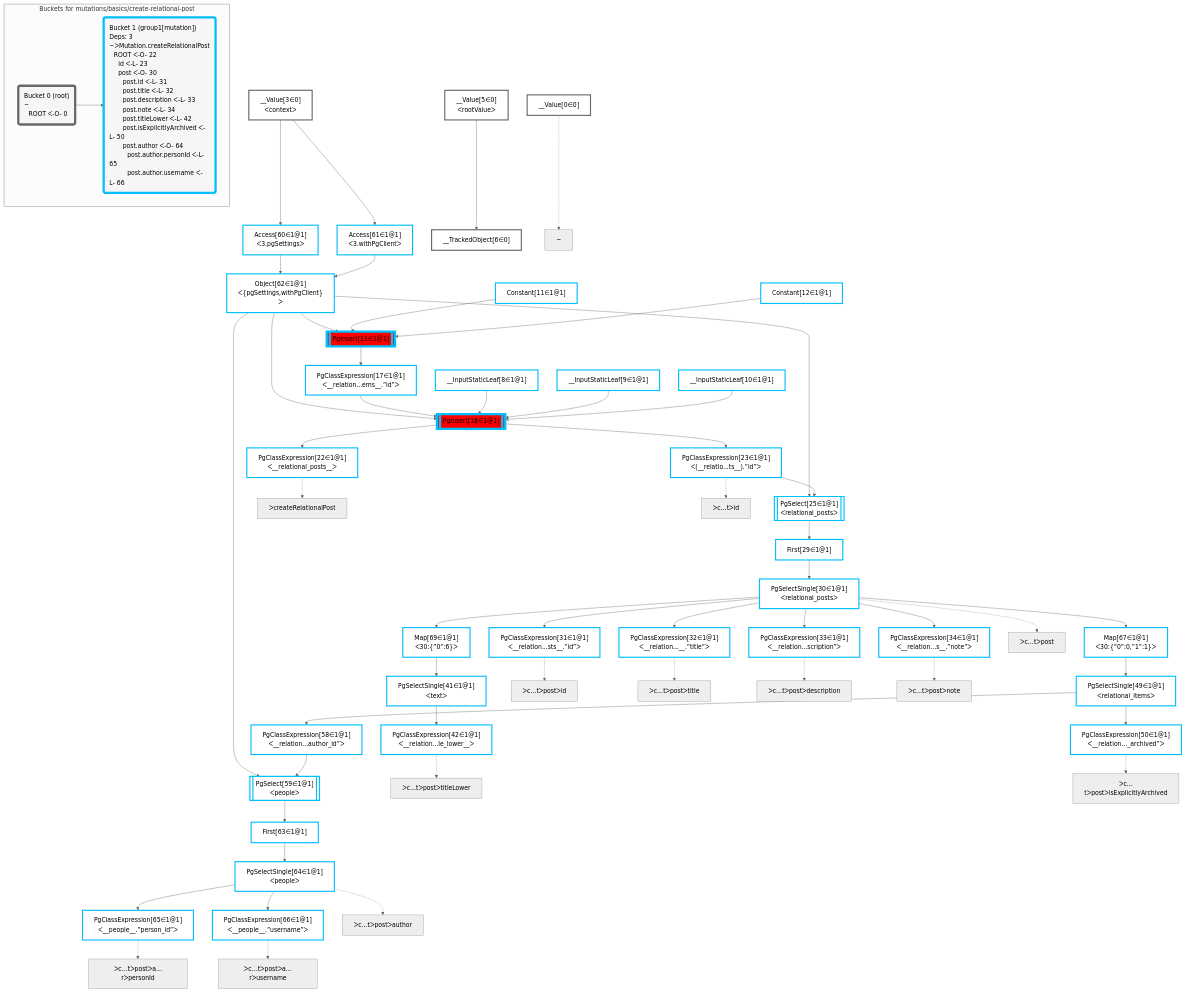
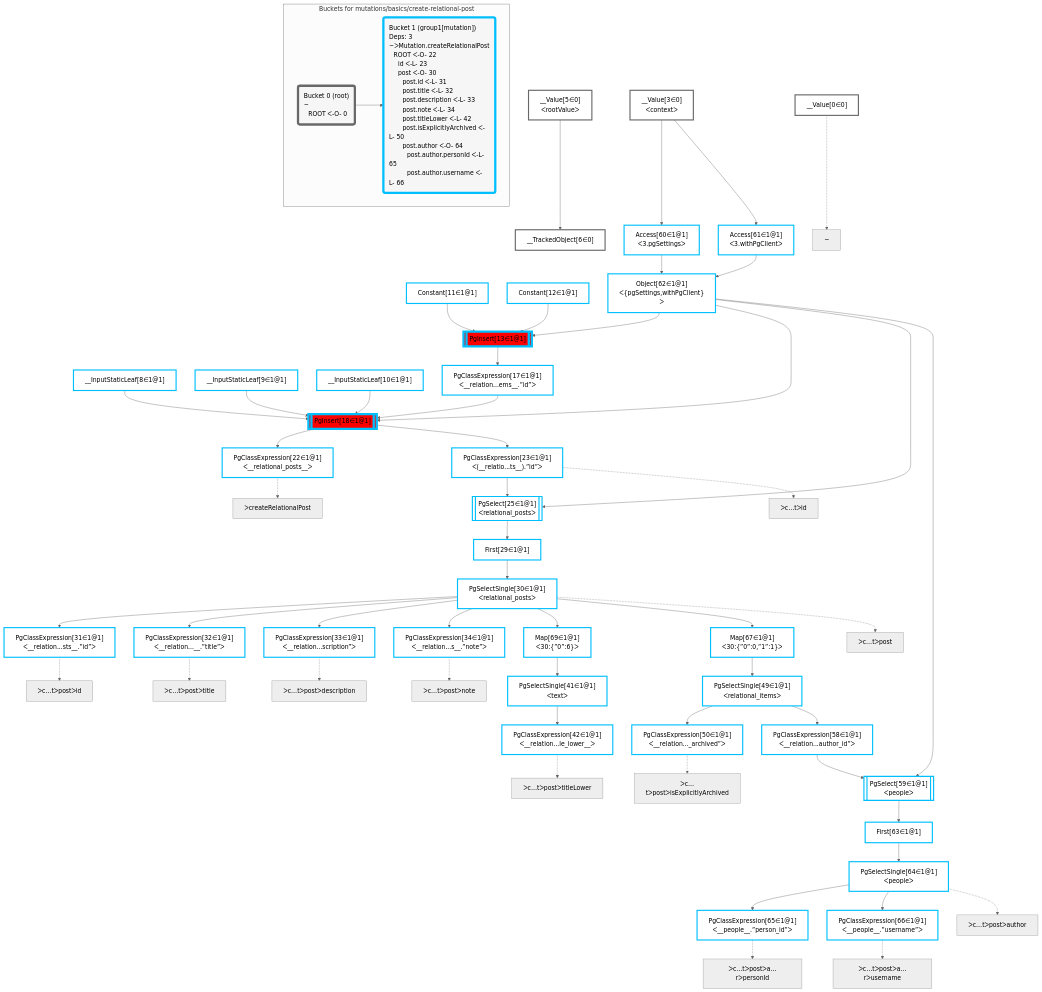
One commit to graphile/crystal changed the diagram in packages/dataplan-pg/__tests__/mutations/basics/create-relational-post.deopt.mermaid.md. Above: the diagram before and after it, drawn with Mermaid (neutral theme). The commit also changed other lines of this file and 195 other files, not shown here.

Commit message:
Reorder graphs

```diff
--- a/packages/dataplan-pg/__tests__/mutations/basics/create-relational-post.deopt.mermaid.md
+++ b/packages/dataplan-pg/__tests__/mutations/basics/create-relational-post.deopt.mermaid.md
@@ -9,71 +9,71 @@
 
     %% define plans
     __Value0["__Value[0∈0]"]:::plan
-    PgClassExpression22["PgClassExpression[22∈1@1]<br />ᐸ__relational_posts__ᐳ"]:::plan
-    PgClassExpression31["PgClassExpression[31∈1@1]<br />ᐸ__relation...sts__.”id”ᐳ"]:::plan
-    PgClassExpression32["PgClassExpression[32∈1@1]<br />ᐸ__relation...__.”title”ᐳ"]:::plan
-    PgClassExpression33["PgClassExpression[33∈1@1]<br />ᐸ__relation...scription”ᐳ"]:::plan
-    PgClassExpression34["PgClassExpression[34∈1@1]<br />ᐸ__relation...s__.”note”ᐳ"]:::plan
-    PgClassExpression42["PgClassExpression[42∈1@1]<br />ᐸ__relation...le_lower__ᐳ"]:::plan
-    PgSelectSingle41["PgSelectSingle[41∈1@1]<br />ᐸtextᐳ"]:::plan
-    Map69["Map[69∈1@1]<br />ᐸ30:{”0”:6}ᐳ"]:::plan
-    PgClassExpression50["PgClassExpression[50∈1@1]<br />ᐸ__relation..._archived”ᐳ"]:::plan
-    PgClassExpression65["PgClassExpression[65∈1@1]<br />ᐸ__people__.”person_id”ᐳ"]:::plan
-    PgClassExpression66["PgClassExpression[66∈1@1]<br />ᐸ__people__.”username”ᐳ"]:::plan
-    PgSelectSingle64["PgSelectSingle[64∈1@1]<br />ᐸpeopleᐳ"]:::plan
-    First63["First[63∈1@1]"]:::plan
-    PgSelect59[["PgSelect[59∈1@1]<br />ᐸpeopleᐳ"]]:::plan
-    PgClassExpression58["PgClassExpression[58∈1@1]<br />ᐸ__relation...author_id”ᐳ"]:::plan
-    PgSelectSingle49["PgSelectSingle[49∈1@1]<br />ᐸrelational_itemsᐳ"]:::plan
-    Map67["Map[67∈1@1]<br />ᐸ30:{”0”:0,”1”:1}ᐳ"]:::plan
-    PgSelectSingle30["PgSelectSingle[30∈1@1]<br />ᐸrelational_postsᐳ"]:::plan
-    First29["First[29∈1@1]"]:::plan
-    PgSelect25[["PgSelect[25∈1@1]<br />ᐸrelational_postsᐳ"]]:::plan
-    PgClassExpression23["PgClassExpression[23∈1@1]<br />ᐸ(__relatio...ts__).”id”ᐳ"]:::plan
-    PgInsert18[["PgInsert[18∈1@1]"]]:::sideeffectplan
-    PgClassExpression17["PgClassExpression[17∈1@1]<br />ᐸ__relation...ems__.”id”ᐳ"]:::plan
-    PgInsert13[["PgInsert[13∈1@1]"]]:::sideeffectplan
-    Object62["Object[62∈1@1]<br />ᐸ{pgSettings,withPgClient}ᐳ"]:::plan
-    Access60["Access[60∈1@1]<br />ᐸ3.pgSettingsᐳ"]:::plan
-    Access61["Access[61∈1@1]<br />ᐸ3.withPgClientᐳ"]:::plan
     __Value3["__Value[3∈0]<br />ᐸcontextᐳ"]:::plan
+    __Value5["__Value[5∈0]<br />ᐸrootValueᐳ"]:::plan
     __TrackedObject6["__TrackedObject[6∈0]"]:::plan
-    __Value5["__Value[5∈0]<br />ᐸrootValueᐳ"]:::plan
     __InputStaticLeaf8["__InputStaticLeaf[8∈1@1]"]:::plan
     __InputStaticLeaf9["__InputStaticLeaf[9∈1@1]"]:::plan
     __InputStaticLeaf10["__InputStaticLeaf[10∈1@1]"]:::plan
     Constant11["Constant[11∈1@1]"]:::plan
     Constant12["Constant[12∈1@1]"]:::plan
+    Access60["Access[60∈1@1]<br />ᐸ3.pgSettingsᐳ"]:::plan
+    Access61["Access[61∈1@1]<br />ᐸ3.withPgClientᐳ"]:::plan
+    Object62["Object[62∈1@1]<br />ᐸ{pgSettings,withPgClient}ᐳ"]:::plan
+    PgInsert13[["PgInsert[13∈1@1]"]]:::sideeffectplan
+    PgClassExpression17["PgClassExpression[17∈1@1]<br />ᐸ__relation...ems__.”id”ᐳ"]:::plan
+    PgInsert18[["PgInsert[18∈1@1]"]]:::sideeffectplan
+    PgClassExpression22["PgClassExpression[22∈1@1]<br />ᐸ__relational_posts__ᐳ"]:::plan
+    PgClassExpression23["PgClassExpression[23∈1@1]<br />ᐸ(__relatio...ts__).”id”ᐳ"]:::plan
+    PgSelect25[["PgSelect[25∈1@1]<br />ᐸrelational_postsᐳ"]]:::plan
+    First29["First[29∈1@1]"]:::plan
+    PgSelectSingle30["PgSelectSingle[30∈1@1]<br />ᐸrelational_postsᐳ"]:::plan
+    PgClassExpression31["PgClassExpression[31∈1@1]<br />ᐸ__relation...sts__.”id”ᐳ"]:::plan
+    PgClassExpression32["PgClassExpression[32∈1@1]<br />ᐸ__relation...__.”title”ᐳ"]:::plan
+    PgClassExpression33["PgClassExpression[33∈1@1]<br />ᐸ__relation...scription”ᐳ"]:::plan
+    PgClassExpression34["PgClassExpression[34∈1@1]<br />ᐸ__relation...s__.”note”ᐳ"]:::plan
+    Map69["Map[69∈1@1]<br />ᐸ30:{”0”:6}ᐳ"]:::plan
+    PgSelectSingle41["PgSelectSingle[41∈1@1]<br />ᐸtextᐳ"]:::plan
+    PgClassExpression42["PgClassExpression[42∈1@1]<br />ᐸ__relation...le_lower__ᐳ"]:::plan
+    Map67["Map[67∈1@1]<br />ᐸ30:{”0”:0,”1”:1}ᐳ"]:::plan
+    PgSelectSingle49["PgSelectSingle[49∈1@1]<br />ᐸrelational_itemsᐳ"]:::plan
+    PgClassExpression50["PgClassExpression[50∈1@1]<br />ᐸ__relation..._archived”ᐳ"]:::plan
+    PgClassExpression58["PgClassExpression[58∈1@1]<br />ᐸ__relation...author_id”ᐳ"]:::plan
+    PgSelect59[["PgSelect[59∈1@1]<br />ᐸpeopleᐳ"]]:::plan
+    First63["First[63∈1@1]"]:::plan
+    PgSelectSingle64["PgSelectSingle[64∈1@1]<br />ᐸpeopleᐳ"]:::plan
+    PgClassExpression65["PgClassExpression[65∈1@1]<br />ᐸ__people__.”person_id”ᐳ"]:::plan
+    PgClassExpression66["PgClassExpression[66∈1@1]<br />ᐸ__people__.”username”ᐳ"]:::plan
 
     %% plan dependencies
+    __Value5 --> __TrackedObject6
+    __Value3 --> Access60
+    __Value3 --> Access61
+    Access60 & Access61 --> Object62
+    Object62 & Constant11 & Constant12 --> PgInsert13
+    PgInsert13 --> PgClassExpression17
+    Object62 & PgClassExpression17 & __InputStaticLeaf8 & __InputStaticLeaf9 & __InputStaticLeaf10 --> PgInsert18
     PgInsert18 --> PgClassExpression22
+    PgInsert18 --> PgClassExpression23
+    Object62 & PgClassExpression23 --> PgSelect25
+    PgSelect25 --> First29
+    First29 --> PgSelectSingle30
     PgSelectSingle30 --> PgClassExpression31
     PgSelectSingle30 --> PgClassExpression32
     PgSelectSingle30 --> PgClassExpression33
     PgSelectSingle30 --> PgClassExpression34
+    PgSelectSingle30 --> Map69
+    Map69 --> PgSelectSingle41
     PgSelectSingle41 --> PgClassExpression42
-    Map69 --> PgSelectSingle41
-    PgSelectSingle30 --> Map69
+    PgSelectSingle30 --> Map67
+    Map67 --> PgSelectSingle49
     PgSelectSingle49 --> PgClassExpression50
+    PgSelectSingle49 --> PgClassExpression58
+    Object62 & PgClassExpression58 --> PgSelect59
+    PgSelect59 --> First63
+    First63 --> PgSelectSingle64
     PgSelectSingle64 --> PgClassExpression65
     PgSelectSingle64 --> PgClassExpression66
-    First63 --> PgSelectSingle64
-    PgSelect59 --> First63
-    Object62 & PgClassExpression58 --> PgSelect59
-    PgSelectSingle49 --> PgClassExpression58
-    Map67 --> PgSelectSingle49
-    PgSelectSingle30 --> Map67
-    First29 --> PgSelectSingle30
-    PgSelect25 --> First29
-    Object62 & PgClassExpression23 --> PgSelect25
-    PgInsert18 --> PgClassExpression23
-    Object62 & PgClassExpression17 & __InputStaticLeaf8 & __InputStaticLeaf9 & __InputStaticLeaf10 --> PgInsert18
-    PgInsert13 --> PgClassExpression17
-    Object62 & Constant11 & Constant12 --> PgInsert13
-    Access60 & Access61 --> Object62
-    __Value3 --> Access60
-    __Value3 --> Access61
-    __Value5 --> __TrackedObject6
 
     %% plan-to-path relationships
     P0["~"]
```
